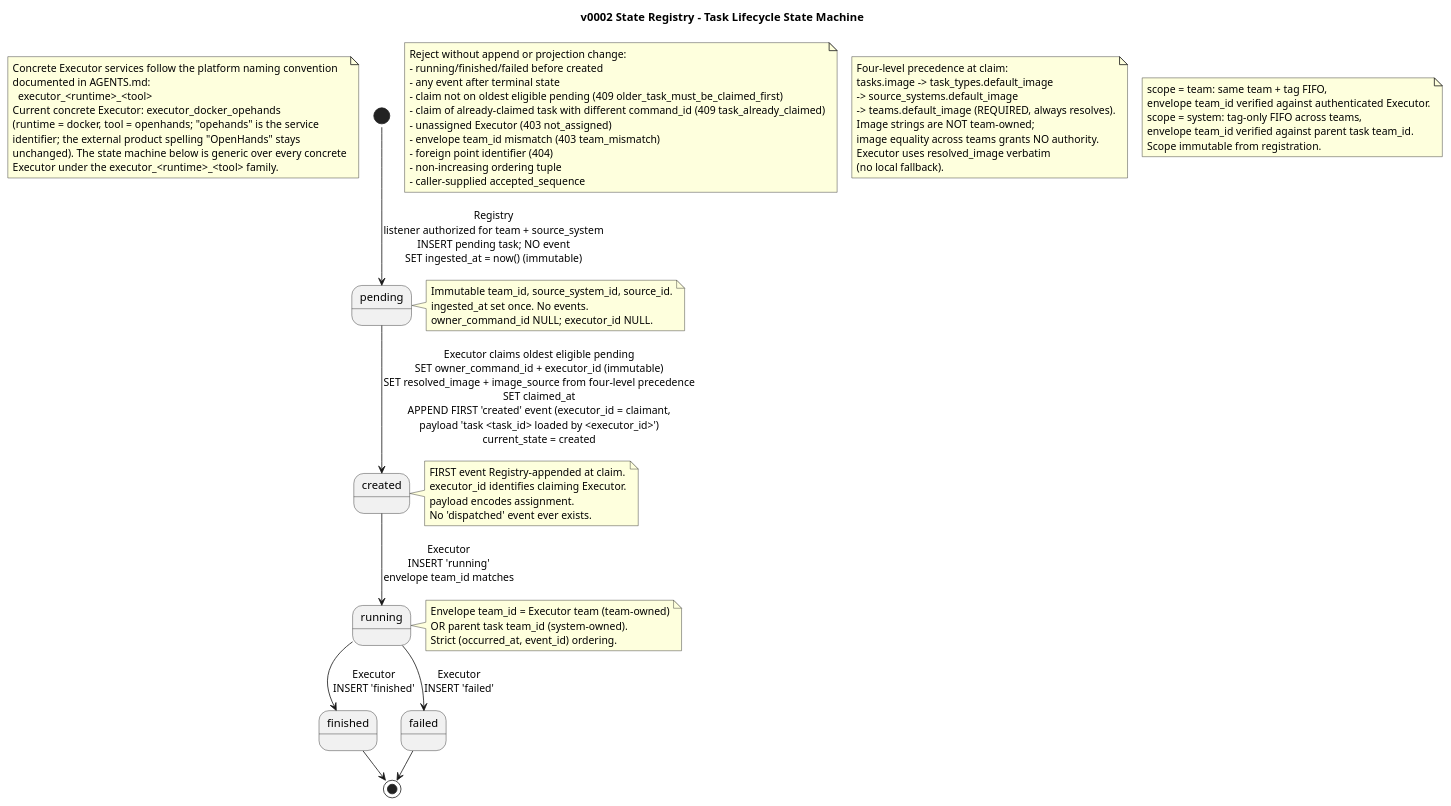
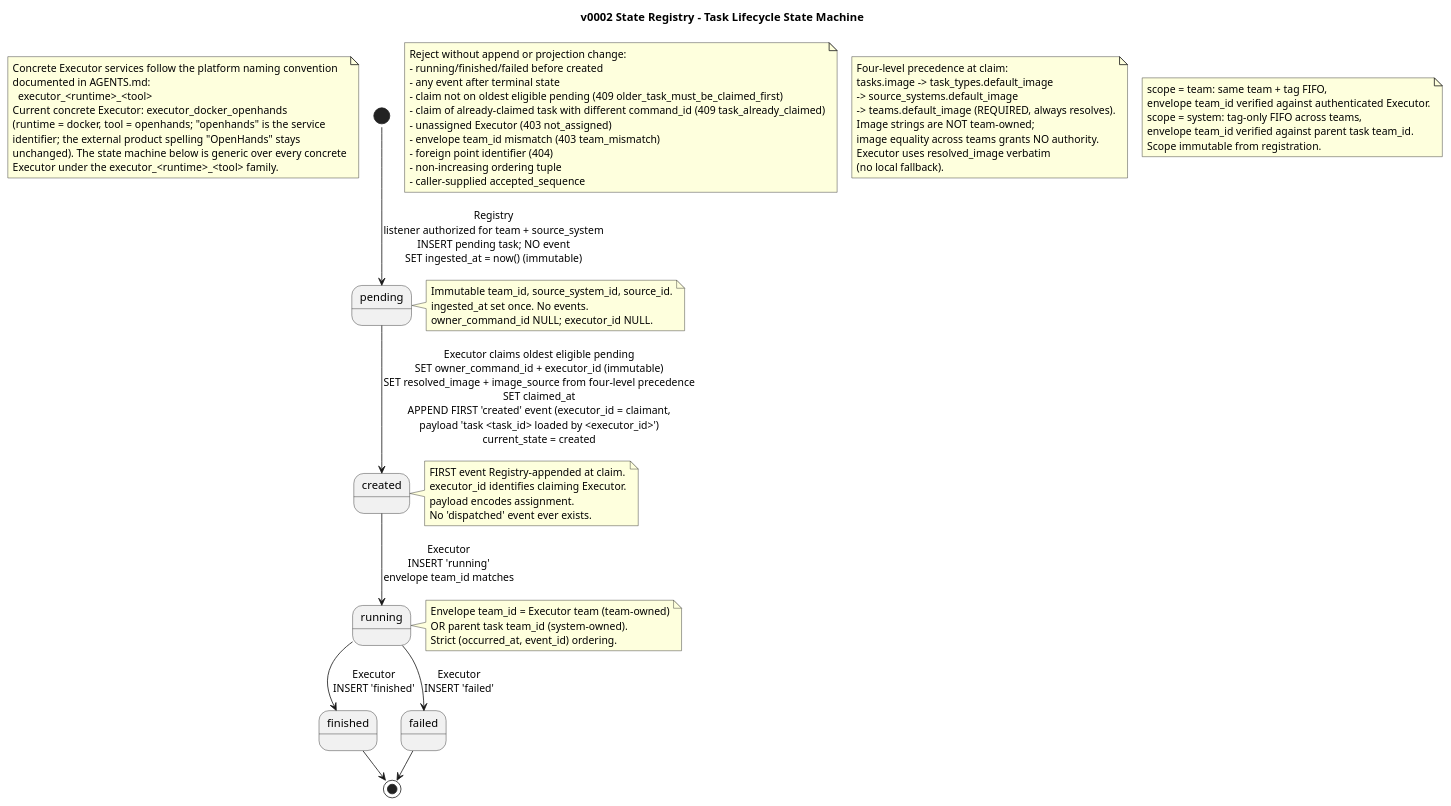
The diagram in docs/architecture/diagrams/state-registry-task-state-machine.puml (pandops/flowai), drawn with PlantUML before and after one commit. The commit also changed 19 other files, not shown here.

```diff
--- a/docs/architecture/diagrams/state-registry-task-state-machine.puml
+++ b/docs/architecture/diagrams/state-registry-task-state-machine.puml
@@ -2,83 +2,83 @@
 @startuml
 !pragma layout smetana
 title v0002 State Registry - Task Lifecycle State Machine
 
 note as ConcreteNaming
   Concrete Executor services follow the platform naming convention
   documented in AGENTS.md:
     executor_<runtime>_<tool>
-  Current concrete Executor: executor_docker_opehands
-  (runtime = docker, tool = openhands; "opehands" is the service
+  Current concrete Executor: executor_docker_openhands
+  (runtime = docker, tool = openhands; "openhands" is the service
   identifier; the external product spelling "OpenHands" stays
   unchanged). The state machine below is generic over every concrete
   Executor under the executor_<runtime>_<tool> family.
 end note
 
 state "pending" as Pending
 state "created" as Created
 state "running" as Running
 state "finished" as Finished
 state "failed" as Failed
 
 [*] --> Pending : Registry\nlistener authorized for team + source_system\nINSERT pending task; NO event\nSET ingested_at = now() (immutable)
 
 Pending --> Created : Executor claims oldest eligible pending\nSET owner_command_id + executor_id (immutable)\nSET resolved_image + image_source from four-level precedence\nSET claimed_at\nAPPEND FIRST 'created' event (executor_id = claimant,\npayload 'task <task_id> loaded by <executor_id>')\ncurrent_state = created
 
 Created --> Running : Executor\nINSERT 'running'\nenvelope team_id matches
 Running --> Finished : Executor\nINSERT 'finished'
 Running --> Failed : Executor\nINSERT 'failed'
 Finished --> [*]
 Failed --> [*]
 
 note right of Pending
   Immutable team_id, source_system_id, source_id.
   ingested_at set once. No events.
   owner_command_id NULL; executor_id NULL.
 end note
 
 note right of Created
   FIRST event Registry-appended at claim.
   executor_id identifies claiming Executor.
   payload encodes assignment.
   No 'dispatched' event ever exists.
 end note
 
 note right of Running
   Envelope team_id = Executor team (team-owned)
   OR parent task team_id (system-owned).
   Strict (occurred_at, event_id) ordering.
 end note
 
 note as Invariants
   Reject without append or projection change:
   - running/finished/failed before created
   - any event after terminal state
   - claim not on oldest eligible pending (409 older_task_must_be_claimed_first)
   - claim of already-claimed task with different command_id (409 task_already_claimed)
   - unassigned Executor (403 not_assigned)
   - envelope team_id mismatch (403 team_mismatch)
   - foreign point identifier (404)
   - non-increasing ordering tuple
   - caller-supplied accepted_sequence
 end note
 
 note as Image
   Four-level precedence at claim:
   tasks.image -> task_types.default_image
   -> source_systems.default_image
   -> teams.default_image (REQUIRED, always resolves).
   Image strings are NOT team-owned;
   image equality across teams grants NO authority.
   Executor uses resolved_image verbatim
   (no local fallback).
 end note
 
 note as ExecutorScope
   scope = team: same team + tag FIFO,
   envelope team_id verified against authenticated Executor.
   scope = system: tag-only FIFO across teams,
   envelope team_id verified against parent task team_id.
   Scope immutable from registration.
 end note
 
 @enduml
```
